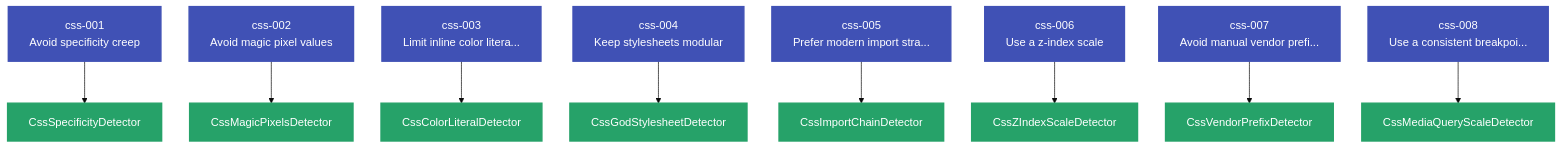
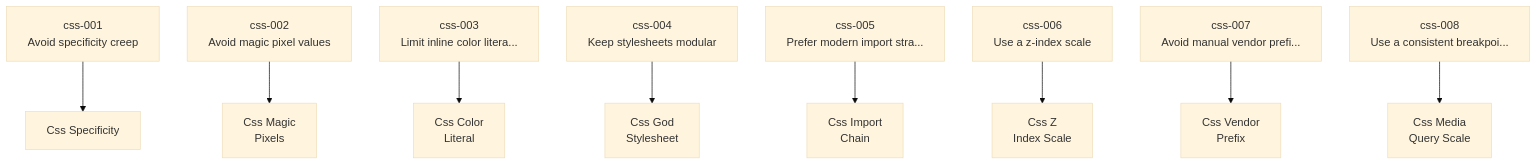
One commit to Anselmoo/mcp-zen-of-languages changed the first of 4 diagrams in docs/user-guide/languages/css.md. Above: the diagram before and after it, drawn with Mermaid. The commit also changed other lines of this file and 18 other files, not shown here.

````diff
--- a/docs/user-guide/languages/css.md
+++ b/docs/user-guide/languages/css.md
@@ -209,46 +209,28 @@
     ```mermaid
-%%{init: {"theme": "base", "flowchart": {"useMaxWidth": false, "htmlLabels": true, "nodeSpacing": 40, "rankSpacing": 60}}}%%
+    %%{init: {"theme": "base", "flowchart": {"useMaxWidth": false, "htmlLabels": true, "nodeSpacing": 40, "rankSpacing": 60}}}%%
     graph TD
     css_001["css-001<br/>Avoid specificity creep"]
     css_002["css-002<br/>Avoid magic pixel values"]
     css_003["css-003<br/>Limit inline color litera..."]
     css_004["css-004<br/>Keep stylesheets modular"]
     css_005["css-005<br/>Prefer modern import stra..."]
     css_006["css-006<br/>Use a z-index scale"]
     css_007["css-007<br/>Avoid manual vendor prefi..."]
     css_008["css-008<br/>Use a consistent breakpoi..."]
-    det_CssColorLiteralDetector["CssColorLiteralDetector"]
+    det_CssColorLiteralDetector["Css Color<br/>Literal"]
     css_003 --> det_CssColorLiteralDetector
-    det_CssGodStylesheetDetector["CssGodStylesheetDetector"]
+    det_CssGodStylesheetDetector["Css God<br/>Stylesheet"]
     css_004 --> det_CssGodStylesheetDetector
-    det_CssImportChainDetector["CssImportChainDetector"]
+    det_CssImportChainDetector["Css Import<br/>Chain"]
     css_005 --> det_CssImportChainDetector
-    det_CssMagicPixelsDetector["CssMagicPixelsDetector"]
+    det_CssMagicPixelsDetector["Css Magic<br/>Pixels"]
     css_002 --> det_CssMagicPixelsDetector
-    det_CssMediaQueryScaleDetector["CssMediaQueryScaleDetector"]
+    det_CssMediaQueryScaleDetector["Css Media<br/>Query Scale"]
     css_008 --> det_CssMediaQueryScaleDetector
-    det_CssSpecificityDetector["CssSpecificityDetector"]
+    det_CssSpecificityDetector["Css Specificity"]
     css_001 --> det_CssSpecificityDetector
-    det_CssVendorPrefixDetector["CssVendorPrefixDetector"]
+    det_CssVendorPrefixDetector["Css Vendor<br/>Prefix"]
     css_007 --> det_CssVendorPrefixDetector
-    det_CssZIndexScaleDetector["CssZIndexScaleDetector"]
+    det_CssZIndexScaleDetector["Css Z<br/>Index Scale"]
     css_006 --> det_CssZIndexScaleDetector
-    classDef principle fill:#4051b5,color:#ffffff,stroke:#4051b5,stroke-width:2px
-    classDef detector fill:#26a269,color:#ffffff,stroke:#26a269,stroke-width:2px
-    class css_001 principle
-    class css_002 principle
-    class css_003 principle
-    class css_004 principle
-    class css_005 principle
-    class css_006 principle
-    class css_007 principle
-    class css_008 principle
-    class det_CssColorLiteralDetector detector
-    class det_CssGodStylesheetDetector detector
-    class det_CssImportChainDetector detector
-    class det_CssMagicPixelsDetector detector
-    class det_CssMediaQueryScaleDetector detector
-    class det_CssSpecificityDetector detector
-    class det_CssVendorPrefixDetector detector
-    class det_CssZIndexScaleDetector detector
     ```
````
